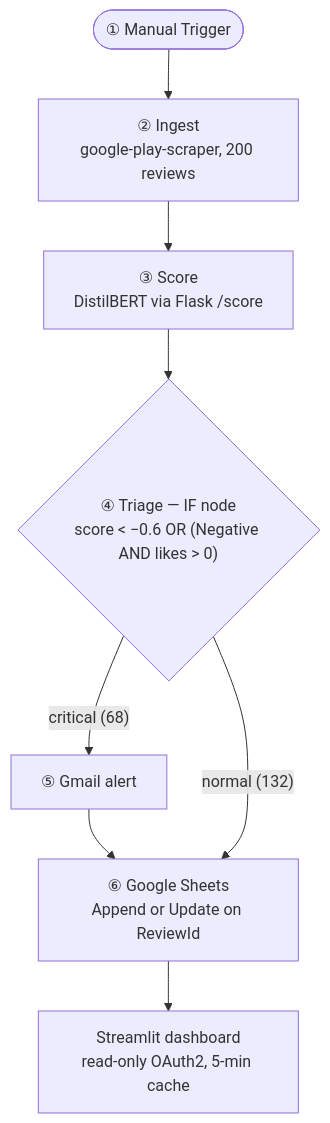
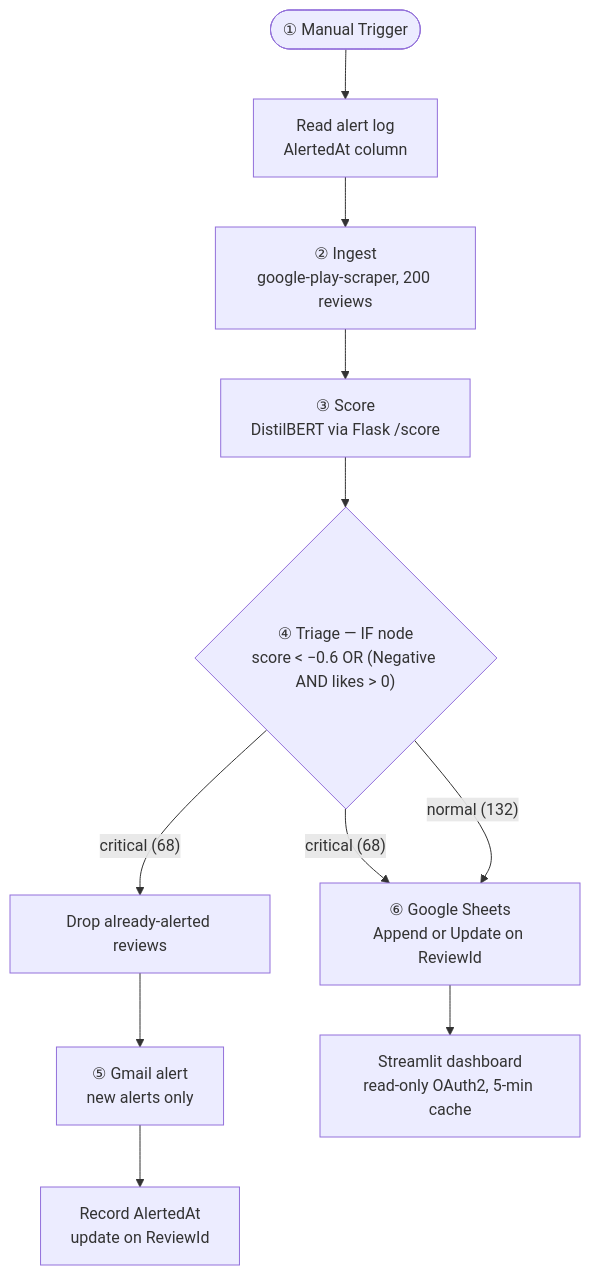
Before and after one commit to LeoTheGreatChan/saas-sentiment-analyzer: the diagram in README.md, drawn with Mermaid. The commit also changed other lines of this file, not shown here.

Commit message:
Document alert deduplication in README

````diff
--- a/README.md
+++ b/README.md
@@ -65,10 +67,13 @@
 ```mermaid
 flowchart TD
-    T(["① Manual Trigger"]) --> I["② Ingest<br/>google-play-scraper, 200 reviews"]
+    T(["① Manual Trigger"]) --> R["Read alert log<br/>AlertedAt column"]
+    R --> I["② Ingest<br/>google-play-scraper, 200 reviews"]
     I --> S["③ Score<br/>DistilBERT via Flask /score"]
     S --> G{"④ Triage — IF node<br/>score &lt; −0.6 OR (Negative AND likes &gt; 0)"}
-    G -->|"critical (68)"| A["⑤ Gmail alert"]
-    A --> W["⑥ Google Sheets<br/>Append or Update on ReviewId"]
+    G -->|"critical (68)"| X["Drop already-alerted reviews"]
+    X --> A["⑤ Gmail alert<br/>new alerts only"]
+    A --> L["Record AlertedAt<br/>update on ReviewId"]
+    G -->|"critical (68)"| W["⑥ Google Sheets<br/>Append or Update on ReviewId"]
     G -->|"normal (132)"| W
     W --> D["Streamlit dashboard<br/>read-only OAuth2, 5-min cache"]
 ```
````
